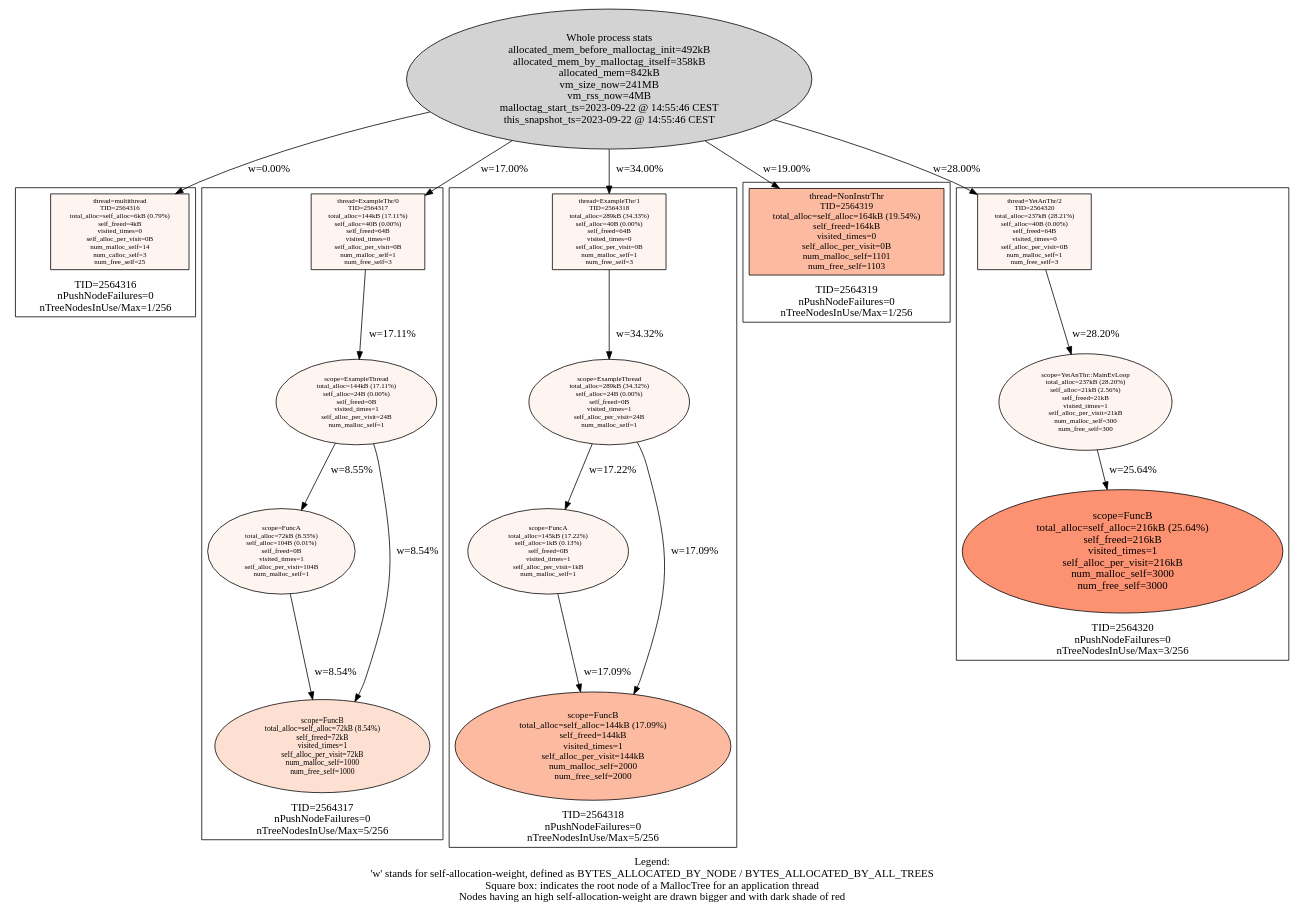
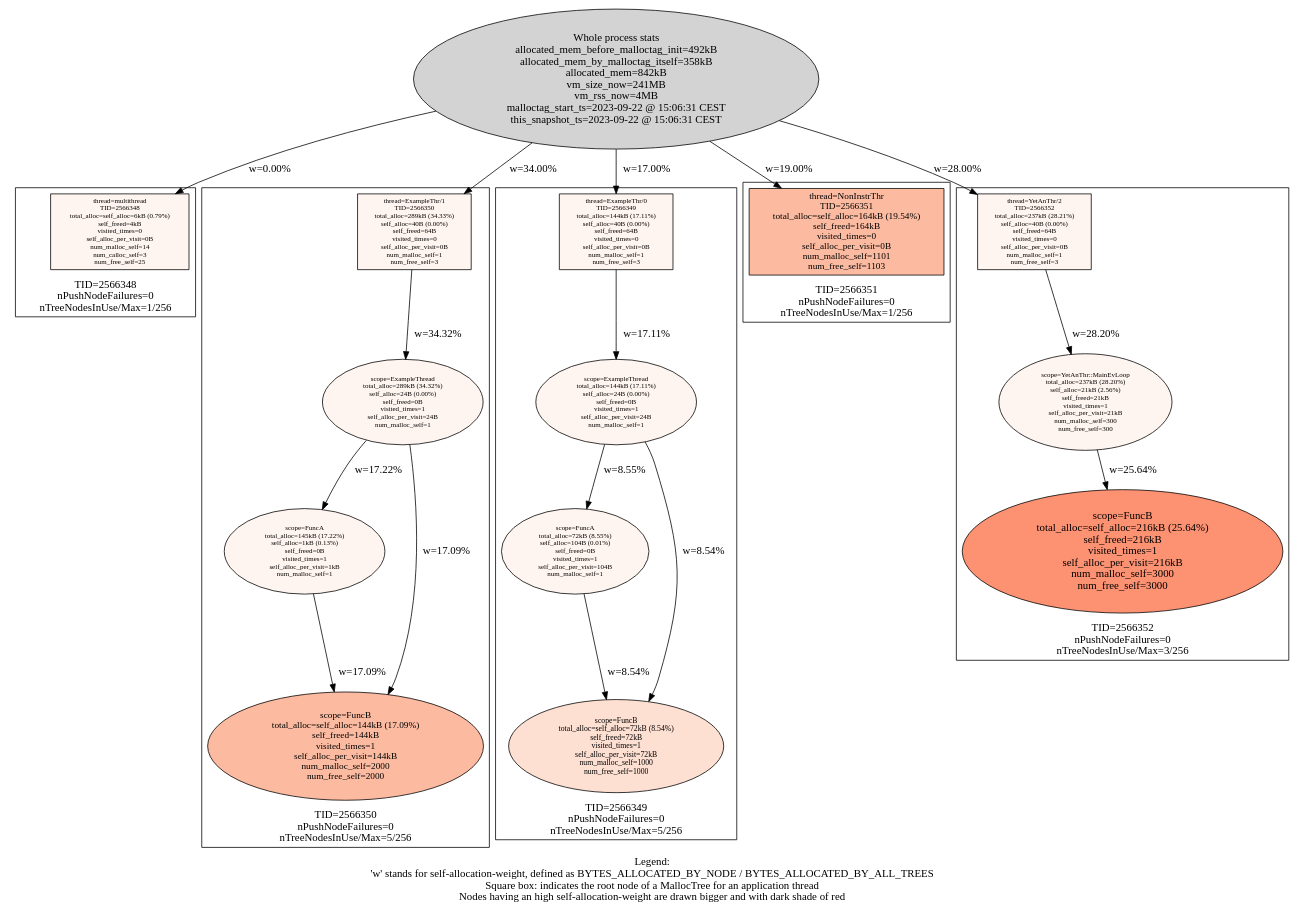
One commit to f18m/malloc-tag changed the diagram in examples/multithread/multithread_stats.dot. Above: the diagram before and after it, drawn with Graphviz. The commit also changed 5 other files, not shown here.

```diff
--- a/examples/multithread/multithread_stats.dot
+++ b/examples/multithread/multithread_stats.dot
@@ -1,82 +1,82 @@
 digraph AllMallocTrees {
  node [colorscheme=reds9 style=filled]
-  "Process 2564316" [label="Whole process stats\nallocated_mem_before_malloctag_init=492kB\nallocated_mem_by_malloctag_itself=358kB\nallocated_mem=842kB\nvm_size_now=241MB\nvm_rss_now=4MB\nmalloctag_start_ts=2023-09-22 @ 14:55:46 CEST\nthis_snapshot_ts=2023-09-22 @ 14:55:46 CEST\n"
+  "Process 2566348" [label="Whole process stats\nallocated_mem_before_malloctag_init=492kB\nallocated_mem_by_malloctag_itself=358kB\nallocated_mem=842kB\nvm_size_now=241MB\nvm_rss_now=4MB\nmalloctag_start_ts=2023-09-22 @ 15:06:31 CEST\nthis_snapshot_ts=2023-09-22 @ 15:06:31 CEST\n"
 ]
- subgraph cluster_TID2564316 {
+ subgraph cluster_TID2566348 {
   node [colorscheme=reds9 style=filled]
   labelloc="b"
-  label="TID=2564316\nnPushNodeFailures=0\nnTreeNodesInUse/Max=1/256\n"
-  "2564316_multithread" [label="thread=multithread\nTID=2564316\ntotal_alloc=self_alloc=6kB (0.79%)\nself_freed=4kB\nvisited_times=0\nself_alloc_per_visit=0B\nnum_malloc_self=14\nnum_calloc_self=3\nnum_free_self=25\n"
+  label="TID=2566348\nnPushNodeFailures=0\nnTreeNodesInUse/Max=1/256\n"
+  "2566348_multithread" [label="thread=multithread\nTID=2566348\ntotal_alloc=self_alloc=6kB (0.79%)\nself_freed=4kB\nvisited_times=0\nself_alloc_per_visit=0B\nnum_malloc_self=14\nnum_calloc_self=3\nnum_free_self=25\n"
  shape=box fillcolor=1 fontsize=9]
  }
 
-  "Process 2564316" -> "2564316_multithread" [label="w=0.00%"]
- subgraph cluster_TID2564317 {
+  "Process 2566348" -> "2566348_multithread" [label="w=0.00%"]
+ subgraph cluster_TID2566350 {
   node [colorscheme=reds9 style=filled]
   labelloc="b"
-  label="TID=2564317\nnPushNodeFailures=0\nnTreeNodesInUse/Max=5/256\n"
-  "2564317_ExampleThr/0" [label="thread=ExampleThr/0\nTID=2564317\ntotal_alloc=144kB (17.11%)\nself_alloc=40B (0.00%)\nself_freed=64B\nvisited_times=0\nself_alloc_per_visit=0B\nnum_malloc_self=1\nnum_free_self=3\n"
+  label="TID=2566350\nnPushNodeFailures=0\nnTreeNodesInUse/Max=5/256\n"
+  "2566350_ExampleThr/1" [label="thread=ExampleThr/1\nTID=2566350\ntotal_alloc=289kB (34.33%)\nself_alloc=40B (0.00%)\nself_freed=64B\nvisited_times=0\nself_alloc_per_visit=0B\nnum_malloc_self=1\nnum_free_self=3\n"
  shape=box fillcolor=1 fontsize=9]
-  "2564317_ExampleThr/0" -> "2564317_ExampleThread" [label="w=17.11%"]
-  "2564317_ExampleThread" [label="scope=ExampleThread\ntotal_alloc=144kB (17.11%)\nself_alloc=24B (0.00%)\nself_freed=0B\nvisited_times=1\nself_alloc_per_visit=24B\nnum_malloc_self=1\n"
+  "2566350_ExampleThr/1" -> "2566350_ExampleThread" [label="w=34.32%"]
+  "2566350_ExampleThread" [label="scope=ExampleThread\ntotal_alloc=289kB (34.32%)\nself_alloc=24B (0.00%)\nself_freed=0B\nvisited_times=1\nself_alloc_per_visit=24B\nnum_malloc_self=1\n"
  fillcolor=1 fontsize=9]
-  "2564317_ExampleThread" -> "2564317_FuncA" [label="w=8.55%"]
-  "2564317_ExampleThread" -> "2564317_FuncB" [label="w=8.54%"]
-  "2564317_FuncA" [label="scope=FuncA\ntotal_alloc=72kB (8.55%)\nself_alloc=104B (0.01%)\nself_freed=0B\nvisited_times=1\nself_alloc_per_visit=104B\nnum_malloc_self=1\n"
+  "2566350_ExampleThread" -> "2566350_FuncA" [label="w=17.22%"]
+  "2566350_ExampleThread" -> "2566350_FuncB" [label="w=17.09%"]
+  "2566350_FuncA" [label="scope=FuncA\ntotal_alloc=145kB (17.22%)\nself_alloc=1kB (0.13%)\nself_freed=0B\nvisited_times=1\nself_alloc_per_visit=1kB\nnum_malloc_self=1\n"
  fillcolor=1 fontsize=9]
-  "2564317_FuncA" -> "2564317_FuncB" [label="w=8.54%"]
-  "2564317_FuncB" [label="scope=FuncB\ntotal_alloc=self_alloc=72kB (8.54%)\nself_freed=72kB\nvisited_times=1\nself_alloc_per_visit=72kB\nnum_malloc_self=1000\nnum_free_self=1000\n"
+  "2566350_FuncA" -> "2566350_FuncB" [label="w=17.09%"]
+  "2566350_FuncB" [label="scope=FuncB\ntotal_alloc=self_alloc=144kB (17.09%)\nself_freed=144kB\nvisited_times=1\nself_alloc_per_visit=144kB\nnum_malloc_self=2000\nnum_free_self=2000\n"
+ fillcolor=3 fontsize=12]
+  "2566350_FuncB" [label="scope=FuncB\ntotal_alloc=self_alloc=144kB (17.09%)\nself_freed=144kB\nvisited_times=1\nself_alloc_per_visit=144kB\nnum_malloc_self=2000\nnum_free_self=2000\n"
+ fillcolor=3 fontsize=12]
+ }
+
+  "Process 2566348" -> "2566350_ExampleThr/1" [label="w=34.00%"]
+ subgraph cluster_TID2566349 {
+  node [colorscheme=reds9 style=filled]
+  labelloc="b"
+  label="TID=2566349\nnPushNodeFailures=0\nnTreeNodesInUse/Max=5/256\n"
+  "2566349_ExampleThr/0" [label="thread=ExampleThr/0\nTID=2566349\ntotal_alloc=144kB (17.11%)\nself_alloc=40B (0.00%)\nself_freed=64B\nvisited_times=0\nself_alloc_per_visit=0B\nnum_malloc_self=1\nnum_free_self=3\n"
+ shape=box fillcolor=1 fontsize=9]
+  "2566349_ExampleThr/0" -> "2566349_ExampleThread" [label="w=17.11%"]
+  "2566349_ExampleThread" [label="scope=ExampleThread\ntotal_alloc=144kB (17.11%)\nself_alloc=24B (0.00%)\nself_freed=0B\nvisited_times=1\nself_alloc_per_visit=24B\nnum_malloc_self=1\n"
+ fillcolor=1 fontsize=9]
+  "2566349_ExampleThread" -> "2566349_FuncA" [label="w=8.55%"]
+  "2566349_ExampleThread" -> "2566349_FuncB" [label="w=8.54%"]
+  "2566349_FuncA" [label="scope=FuncA\ntotal_alloc=72kB (8.55%)\nself_alloc=104B (0.01%)\nself_freed=0B\nvisited_times=1\nself_alloc_per_visit=104B\nnum_malloc_self=1\n"
+ fillcolor=1 fontsize=9]
+  "2566349_FuncA" -> "2566349_FuncB" [label="w=8.54%"]
+  "2566349_FuncB" [label="scope=FuncB\ntotal_alloc=self_alloc=72kB (8.54%)\nself_freed=72kB\nvisited_times=1\nself_alloc_per_visit=72kB\nnum_malloc_self=1000\nnum_free_self=1000\n"
  fillcolor=2 fontsize=10]
-  "2564317_FuncB" [label="scope=FuncB\ntotal_alloc=self_alloc=72kB (8.54%)\nself_freed=72kB\nvisited_times=1\nself_alloc_per_visit=72kB\nnum_malloc_self=1000\nnum_free_self=1000\n"
+  "2566349_FuncB" [label="scope=FuncB\ntotal_alloc=self_alloc=72kB (8.54%)\nself_freed=72kB\nvisited_times=1\nself_alloc_per_visit=72kB\nnum_malloc_self=1000\nnum_free_self=1000\n"
  fillcolor=2 fontsize=10]
  }
 
-  "Process 2564316" -> "2564317_ExampleThr/0" [label="w=17.00%"]
- subgraph cluster_TID2564318 {
+  "Process 2566348" -> "2566349_ExampleThr/0" [label="w=17.00%"]
+ subgraph cluster_TID2566351 {
   node [colorscheme=reds9 style=filled]
   labelloc="b"
-  label="TID=2564318\nnPushNodeFailures=0\nnTreeNodesInUse/Max=5/256\n"
-  "2564318_ExampleThr/1" [label="thread=ExampleThr/1\nTID=2564318\ntotal_alloc=289kB (34.33%)\nself_alloc=40B (0.00%)\nself_freed=64B\nvisited_times=0\nself_alloc_per_visit=0B\nnum_malloc_self=1\nnum_free_self=3\n"
- shape=box fillcolor=1 fontsize=9]
-  "2564318_ExampleThr/1" -> "2564318_ExampleThread" [label="w=34.32%"]
-  "2564318_ExampleThread" [label="scope=ExampleThread\ntotal_alloc=289kB (34.32%)\nself_alloc=24B (0.00%)\nself_freed=0B\nvisited_times=1\nself_alloc_per_visit=24B\nnum_malloc_self=1\n"
- fillcolor=1 fontsize=9]
-  "2564318_ExampleThread" -> "2564318_FuncA" [label="w=17.22%"]
-  "2564318_ExampleThread" -> "2564318_FuncB" [label="w=17.09%"]
-  "2564318_FuncA" [label="scope=FuncA\ntotal_alloc=145kB (17.22%)\nself_alloc=1kB (0.13%)\nself_freed=0B\nvisited_times=1\nself_alloc_per_visit=1kB\nnum_malloc_self=1\n"
- fillcolor=1 fontsize=9]
-  "2564318_FuncA" -> "2564318_FuncB" [label="w=17.09%"]
-  "2564318_FuncB" [label="scope=FuncB\ntotal_alloc=self_alloc=144kB (17.09%)\nself_freed=144kB\nvisited_times=1\nself_alloc_per_visit=144kB\nnum_malloc_self=2000\nnum_free_self=2000\n"
- fillcolor=3 fontsize=12]
-  "2564318_FuncB" [label="scope=FuncB\ntotal_alloc=self_alloc=144kB (17.09%)\nself_freed=144kB\nvisited_times=1\nself_alloc_per_visit=144kB\nnum_malloc_self=2000\nnum_free_self=2000\n"
- fillcolor=3 fontsize=12]
- }
-
-  "Process 2564316" -> "2564318_ExampleThr/1" [label="w=34.00%"]
- subgraph cluster_TID2564319 {
-  node [colorscheme=reds9 style=filled]
-  labelloc="b"
-  label="TID=2564319\nnPushNodeFailures=0\nnTreeNodesInUse/Max=1/256\n"
-  "2564319_NonInstrThr" [label="thread=NonInstrThr\nTID=2564319\ntotal_alloc=self_alloc=164kB (19.54%)\nself_freed=164kB\nvisited_times=0\nself_alloc_per_visit=0B\nnum_malloc_self=1101\nnum_free_self=1103\n"
+  label="TID=2566351\nnPushNodeFailures=0\nnTreeNodesInUse/Max=1/256\n"
+  "2566351_NonInstrThr" [label="thread=NonInstrThr\nTID=2566351\ntotal_alloc=self_alloc=164kB (19.54%)\nself_freed=164kB\nvisited_times=0\nself_alloc_per_visit=0B\nnum_malloc_self=1101\nnum_free_self=1103\n"
  shape=box fillcolor=3 fontsize=12]
  }
 
-  "Process 2564316" -> "2564319_NonInstrThr" [label="w=19.00%"]
- subgraph cluster_TID2564320 {
+  "Process 2566348" -> "2566351_NonInstrThr" [label="w=19.00%"]
+ subgraph cluster_TID2566352 {
   node [colorscheme=reds9 style=filled]
   labelloc="b"
-  label="TID=2564320\nnPushNodeFailures=0\nnTreeNodesInUse/Max=3/256\n"
-  "2564320_YetAnThr/2" [label="thread=YetAnThr/2\nTID=2564320\ntotal_alloc=237kB (28.21%)\nself_alloc=40B (0.00%)\nself_freed=64B\nvisited_times=0\nself_alloc_per_visit=0B\nnum_malloc_self=1\nnum_free_self=3\n"
+  label="TID=2566352\nnPushNodeFailures=0\nnTreeNodesInUse/Max=3/256\n"
+  "2566352_YetAnThr/2" [label="thread=YetAnThr/2\nTID=2566352\ntotal_alloc=237kB (28.21%)\nself_alloc=40B (0.00%)\nself_freed=64B\nvisited_times=0\nself_alloc_per_visit=0B\nnum_malloc_self=1\nnum_free_self=3\n"
  shape=box fillcolor=1 fontsize=9]
-  "2564320_YetAnThr/2" -> "2564320_YetAnThr::MainEvLoop" [label="w=28.20%"]
-  "2564320_YetAnThr::MainEvLoop" [label="scope=YetAnThr::MainEvLoop\ntotal_alloc=237kB (28.20%)\nself_alloc=21kB (2.56%)\nself_freed=21kB\nvisited_times=1\nself_alloc_per_visit=21kB\nnum_malloc_self=300\nnum_free_self=300\n"
+  "2566352_YetAnThr/2" -> "2566352_YetAnThr::MainEvLoop" [label="w=28.20%"]
+  "2566352_YetAnThr::MainEvLoop" [label="scope=YetAnThr::MainEvLoop\ntotal_alloc=237kB (28.20%)\nself_alloc=21kB (2.56%)\nself_freed=21kB\nvisited_times=1\nself_alloc_per_visit=21kB\nnum_malloc_self=300\nnum_free_self=300\n"
  fillcolor=1 fontsize=9]
-  "2564320_YetAnThr::MainEvLoop" -> "2564320_FuncB" [label="w=25.64%"]
-  "2564320_FuncB" [label="scope=FuncB\ntotal_alloc=self_alloc=216kB (25.64%)\nself_freed=216kB\nvisited_times=1\nself_alloc_per_visit=216kB\nnum_malloc_self=3000\nnum_free_self=3000\n"
+  "2566352_YetAnThr::MainEvLoop" -> "2566352_FuncB" [label="w=25.64%"]
+  "2566352_FuncB" [label="scope=FuncB\ntotal_alloc=self_alloc=216kB (25.64%)\nself_freed=216kB\nvisited_times=1\nself_alloc_per_visit=216kB\nnum_malloc_self=3000\nnum_free_self=3000\n"
  fillcolor=4 fontsize=14]
  }
 
-  "Process 2564316" -> "2564320_YetAnThr/2" [label="w=28.00%"]
+  "Process 2566348" -> "2566352_YetAnThr/2" [label="w=28.00%"]
  labelloc="b"
  label="Legend:\n'w' stands for self-allocation-weight, defined as BYTES_ALLOCATED_BY_NODE / BYTES_ALLOCATED_BY_ALL_TREES\nSquare box: indicates the root node of a MallocTree for an application thread\nNodes having an high self-allocation-weight are drawn bigger and with dark shade of red\n"
 }
```
